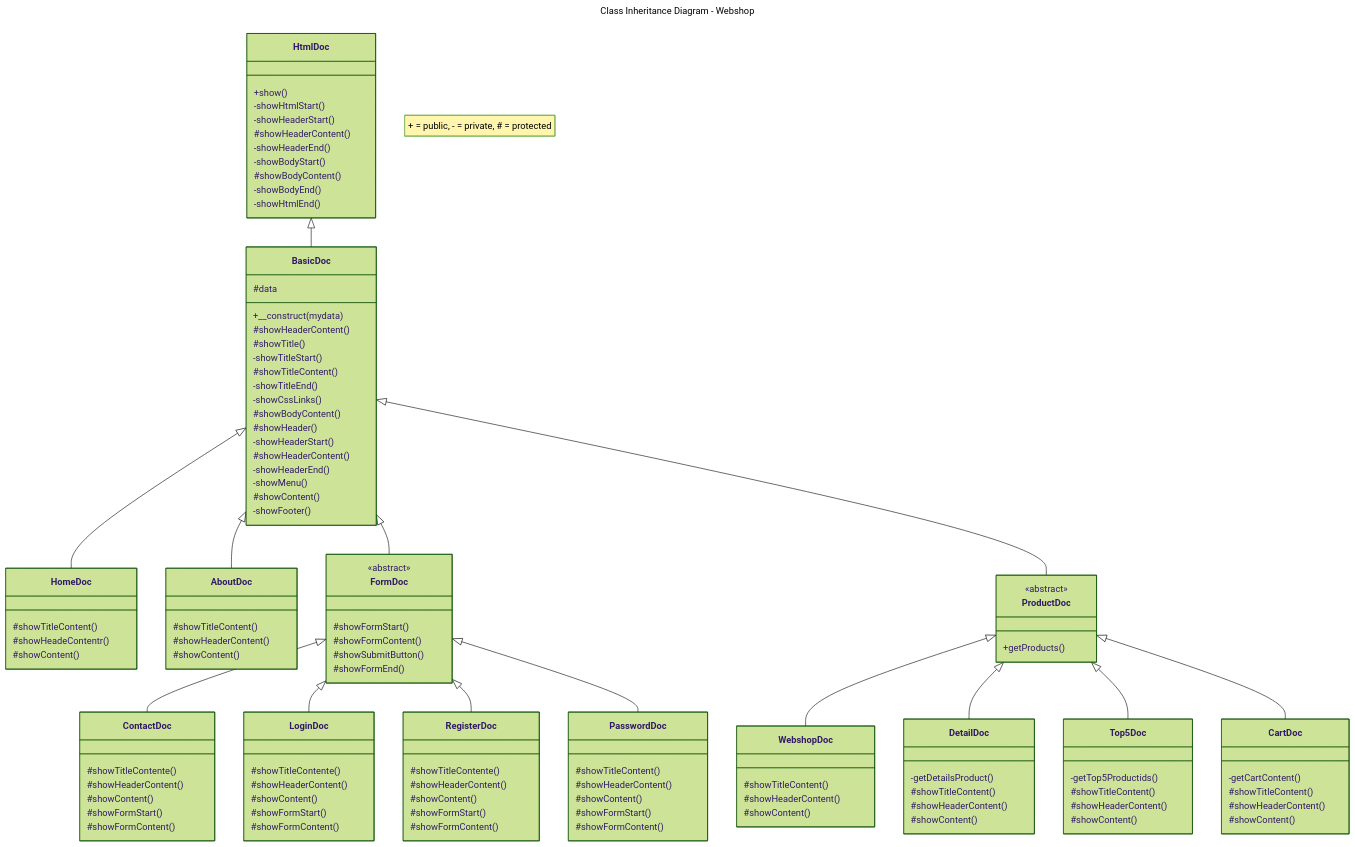
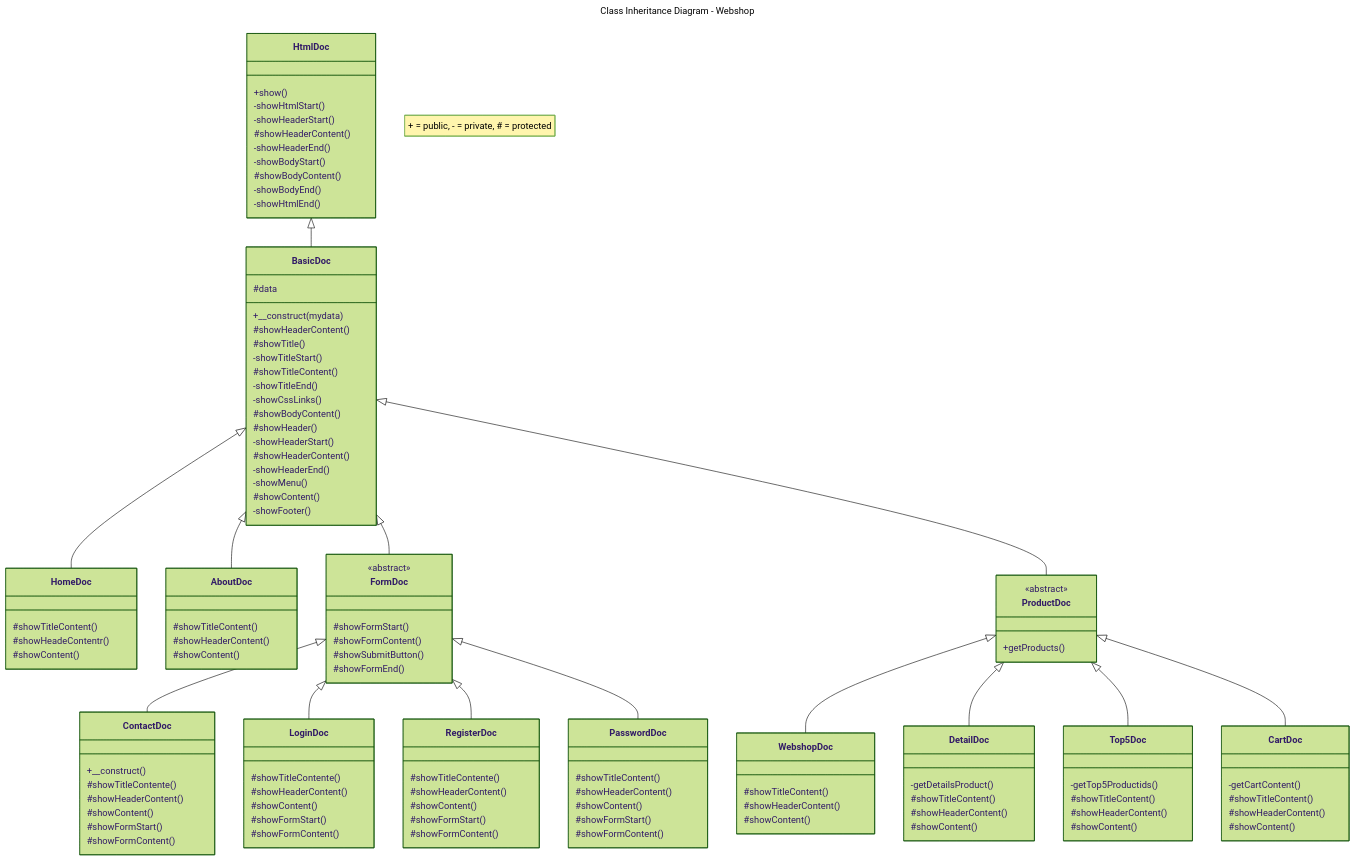
The diagram in Diagrams/class-inheritance-diagram-webshop.md (JeroenHeemskerk/educom-webshop-oop-1708595373), drawn with Mermaid (forest theme) before and after one commit.

```diff
--- a/Diagrams/class-inheritance-diagram-webshop.md
+++ b/Diagrams/class-inheritance-diagram-webshop.md
@@ -69,6 +69,7 @@
         #showFormEnd()
     }
     class ContactDoc{
+        +__construct()
         #showTitleContente()
         #showHeaderContent()
         #showContent()
```
